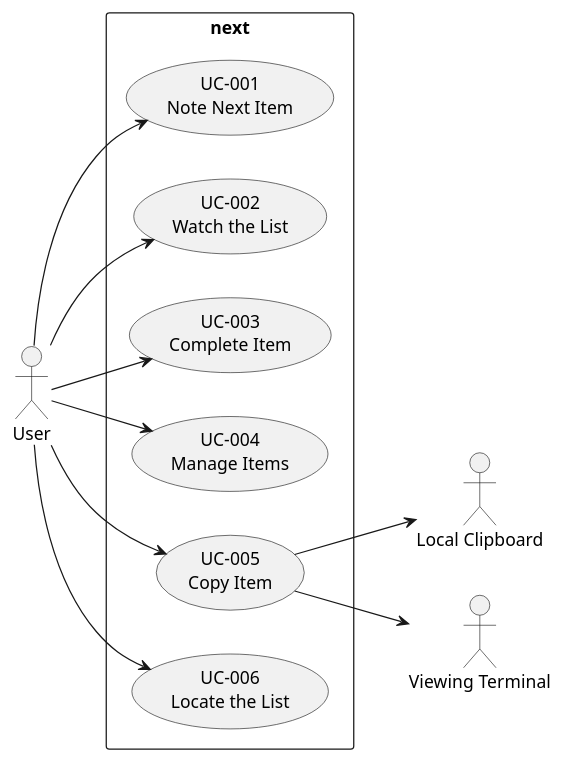
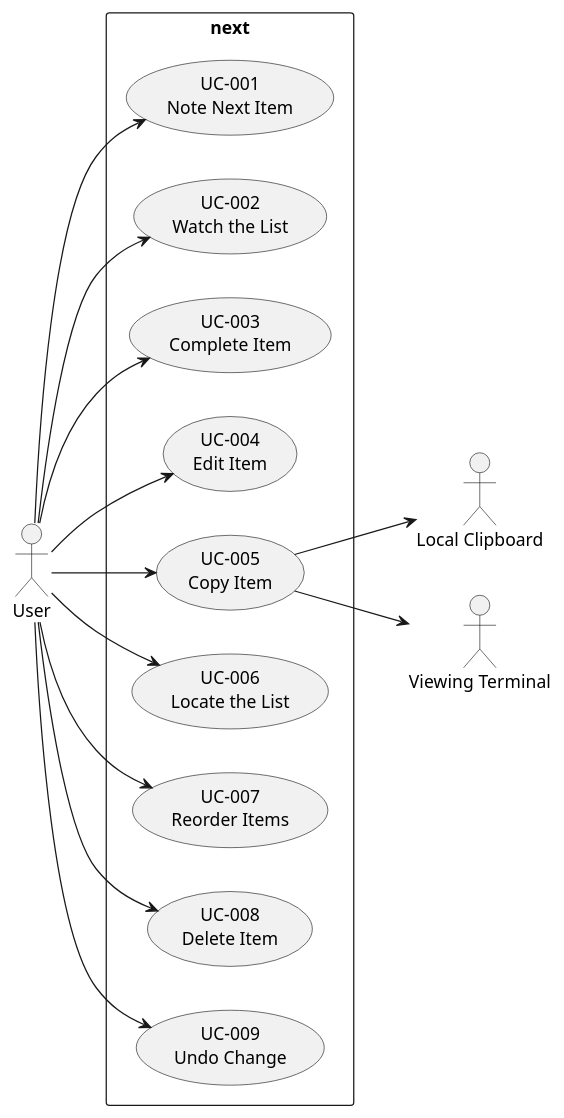
Before and after one commit to ChristianOrrala/next: the diagram in docs/use_cases.puml, drawn with PlantUML. The commit also changed 2 other files, not shown here.

Commit message:
next: split Manage Items into four use cases
UC-004 becomes Edit Item; UC-007 Reorder Items, UC-008 Delete Item and
UC-009 Undo Change join the map, as the baseline review decided. Each
ability now names its use cases in a Specs line.

No behavior change: none (specifications and tracking only)

```diff
--- a/docs/use_cases.puml
+++ b/docs/use_cases.puml
@@ -1,26 +1,32 @@
 @startuml Use Cases Overview
 left to right direction
 
 actor "User" as user
 actor "Local Clipboard" as localclip
 actor "Viewing Terminal" as viewterm
 
 rectangle "next" {
     usecase "UC-001\nNote Next Item" as UC001
     usecase "UC-002\nWatch the List" as UC002
     usecase "UC-003\nComplete Item" as UC003
-    usecase "UC-004\nManage Items" as UC004
+    usecase "UC-004\nEdit Item" as UC004
     usecase "UC-005\nCopy Item" as UC005
     usecase "UC-006\nLocate the List" as UC006
+    usecase "UC-007\nReorder Items" as UC007
+    usecase "UC-008\nDelete Item" as UC008
+    usecase "UC-009\nUndo Change" as UC009
 }
 
 user --> UC001
 user --> UC002
 user --> UC003
 user --> UC004
 user --> UC005
 user --> UC006
+user --> UC007
+user --> UC008
+user --> UC009
 UC005 --> localclip
 UC005 --> viewterm
 
 @enduml
```
